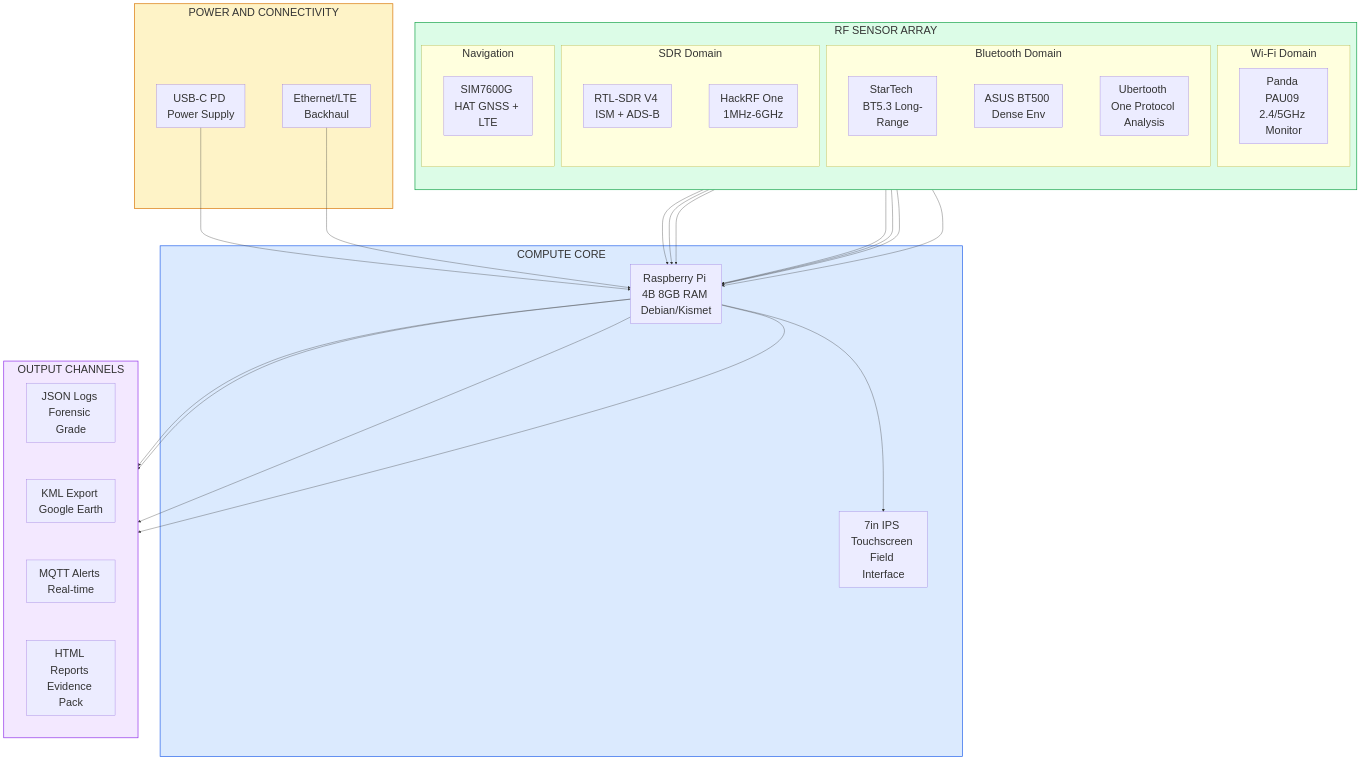
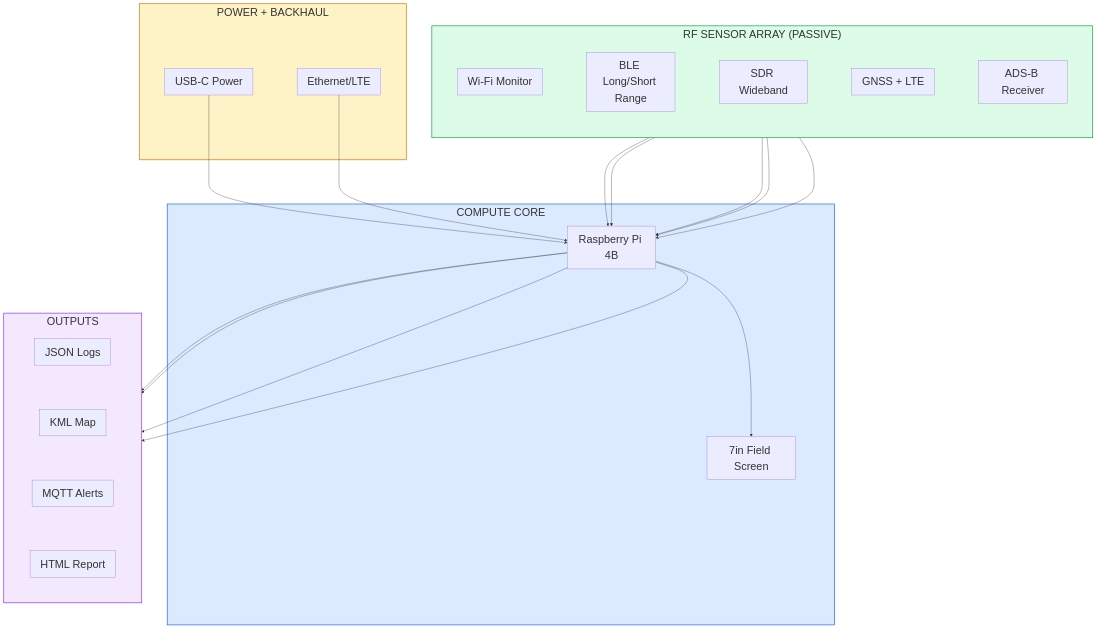
Before and after one commit to Pharns/portfolio: the first of 3 diagrams in docs/cybersecurity/tracelock.md, drawn with Mermaid.

Commit message:
Simplify TraceLock physical architecture diagram

````diff
--- a/docs/cybersecurity/tracelock.md
+++ b/docs/cybersecurity/tracelock.md
@@ -92,60 +92,48 @@
 ```mermaid
-%%{init: {"flowchart": {"nodeSpacing": 110, "rankSpacing": 110}, "themeVariables": {"fontSize": "32px"}}}%%
+%%{init: {"flowchart": {"nodeSpacing": 130, "rankSpacing": 130}, "themeVariables": {"fontSize": "32px"}}}%%
 flowchart TB
-    subgraph POWER["POWER AND CONNECTIVITY"]
-        PWR["USB-C PD Power Supply"]
-        ETH["Ethernet/LTE Backhaul"]
+    subgraph POWER["POWER + BACKHAUL"]
+        PWR["USB-C Power"]
+        ETH["Ethernet/LTE"]
     end
 
     subgraph COMPUTE["COMPUTE CORE"]
-        PI["Raspberry Pi 4B 8GB RAM Debian/Kismet"]
-        DSP["7in IPS Touchscreen Field Interface"]
+        PI["Raspberry Pi 4B"]
+        DSP["7in Field Screen"]
     end
 
-    subgraph RF_SENSORS["RF SENSOR ARRAY"]
+    subgraph RF_SENSORS["RF SENSOR ARRAY (PASSIVE)"]
         direction TB
-        subgraph WIFI["Wi-Fi Domain"]
-            PANDA["Panda PAU09 2.4/5GHz Monitor"]
-        end
-        subgraph BLE["Bluetooth Domain"]
-            BT1["StarTech BT5.3 Long-Range"]
-            BT2["ASUS BT500 Dense Env"]
-            UBT["Ubertooth One Protocol Analysis"]
-        end
-        subgraph SDR["SDR Domain"]
-            RTL["RTL-SDR V4 ISM + ADS-B"]
-            HRF["HackRF One 1MHz-6GHz"]
-        end
-        subgraph NAV["Navigation"]
-            GPS["SIM7600G HAT GNSS + LTE"]
-        end
+        WIFI["Wi-Fi Monitor"]
+        BLE["BLE Long/Short Range"]
+        SDR["SDR Wideband"]
+        GPS["GNSS + LTE"]
+        ADSB["ADS-B Receiver"]
     end
 
-    subgraph OUTPUT["OUTPUT CHANNELS"]
+    subgraph OUTPUT["OUTPUTS"]
         direction LR
-        LOG["JSON Logs Forensic Grade"]
-        KML["KML Export Google Earth"]
-        MQTT["MQTT Alerts Real-time"]
-        RPT["HTML Reports Evidence Pack"]
+        LOG["JSON Logs"]
+        KML["KML Map"]
+        MQTT["MQTT Alerts"]
+        RPT["HTML Report"]
     end
 
     PWR --> PI
     ETH --> PI
     PI --> DSP
-    PANDA --> PI
-    BT1 --> PI
-    BT2 --> PI
-    UBT --> PI
-    RTL --> PI
-    HRF --> PI
+    WIFI --> PI
+    BLE --> PI
+    SDR --> PI
     GPS --> PI
+    ADSB --> PI
     PI --> LOG
     PI --> KML
     PI --> MQTT
     PI --> RPT
 
     style POWER fill:#fef3c7,stroke:#d97706,stroke-width:2px
     style COMPUTE fill:#dbeafe,stroke:#2563eb,stroke-width:2px
     style RF_SENSORS fill:#dcfce7,stroke:#16a34a,stroke-width:2px
     style OUTPUT fill:#f3e8ff,stroke:#9333ea,stroke-width:2px
 ```
````
